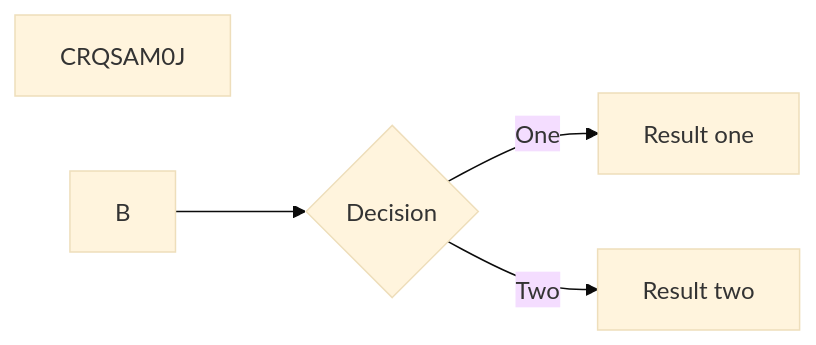
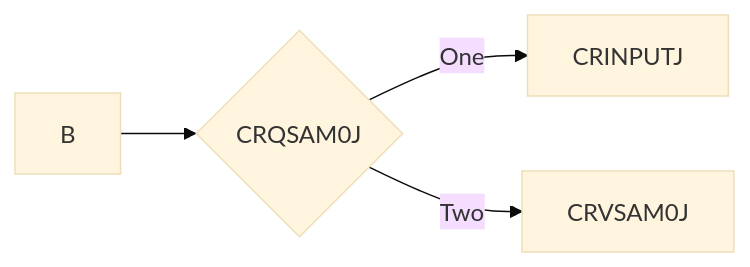
Before and after one commit to emreakdik/Cobol_Bootcamp: the diagram in week_3/README.MD, drawn with Mermaid (base theme).

````diff
--- a/week_3/README.MD
+++ b/week_3/README.MD
@@ -1,7 +1,6 @@
 ```mermaid
 graph LR
-A[CRQSAM0J]
-  B --> C{Decision}
-  C -->|One| D[Result one]
-  C -->|Two| E[Result two]
+  B --> C{CRQSAM0J}
+  C -->|One| D[CRINPUTJ]
+  C -->|Two| E[CRVSAM0J]
 ```
````
